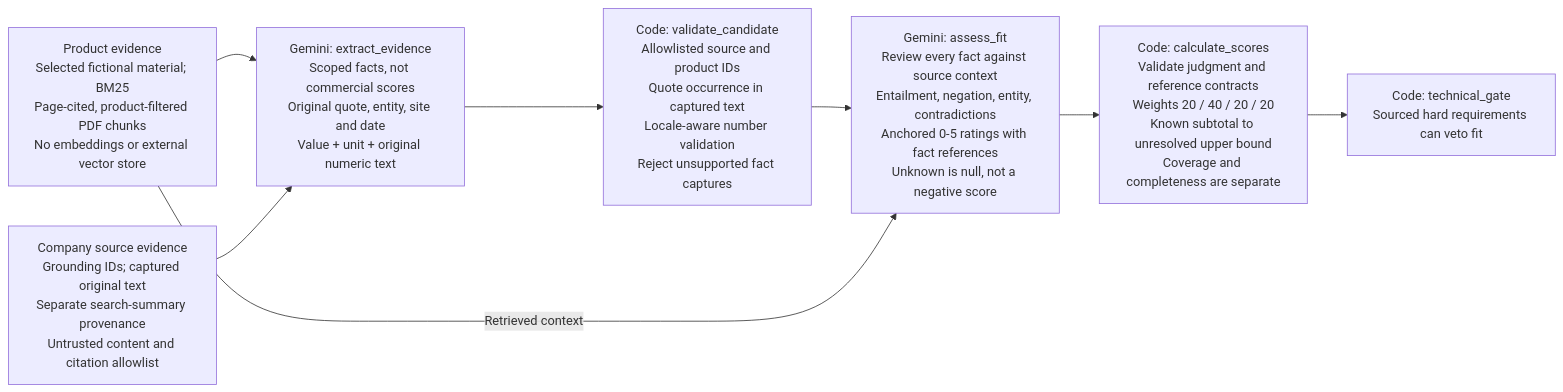
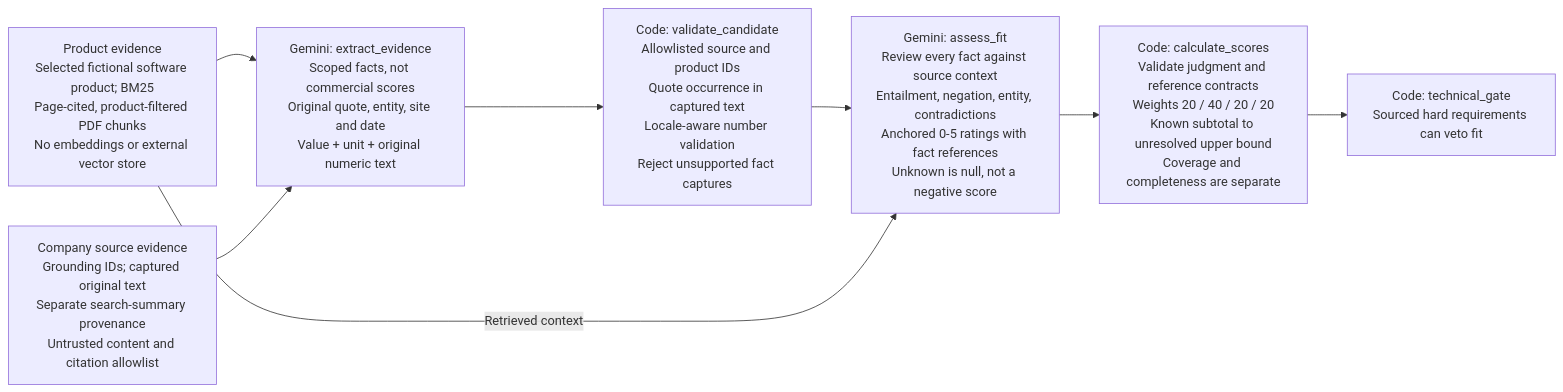
One commit to mjavedakhtar/agentic-sales-leads changed the diagram in frontend/public/diagrams/rag-evidence.mmd. Above: the diagram before and after it, drawn with Mermaid. The commit also changed 52 other files, not shown here.

```diff
--- a/frontend/public/diagrams/rag-evidence.mmd
+++ b/frontend/public/diagrams/rag-evidence.mmd
@@ -1,16 +1,16 @@
 %% IMPLEMENTED / From source capture to a scored hypothesis
 flowchart LR
-    product["Product evidence<br/>Selected fictional material; BM25<br/>Page-cited, product-filtered PDF chunks<br/>No embeddings or external vector store"]
+    product["Product evidence<br/>Selected fictional software product; BM25<br/>Page-cited, product-filtered PDF chunks<br/>No embeddings or external vector store"]
     public["Company source evidence<br/>Grounding IDs; captured original text<br/>Separate search-summary provenance<br/>Untrusted content and citation allowlist"]
     extract["Gemini: extract_evidence<br/>Scoped facts, not commercial scores<br/>Original quote, entity, site and date<br/>Value + unit + original numeric text"]
     validate["Code: validate_candidate<br/>Allowlisted source and product IDs<br/>Quote occurrence in captured text<br/>Locale-aware number validation<br/>Reject unsupported fact captures"]
     assess["Gemini: assess_fit<br/>Review every fact against source context<br/>Entailment, negation, entity, contradictions<br/>Anchored 0-5 ratings with fact references<br/>Unknown is null, not a negative score"]
     score["Code: calculate_scores<br/>Validate judgment and reference contracts<br/>Weights 20 / 40 / 20 / 20<br/>Known subtotal to unresolved upper bound<br/>Coverage and completeness are separate"]
     gate["Code: technical_gate<br/>Sourced hard requirements can veto fit"]
     product --> extract
     public --> extract
     extract --> validate
     validate --> assess
     product -->|"Retrieved context"| assess
     assess --> score
     score --> gate
```
